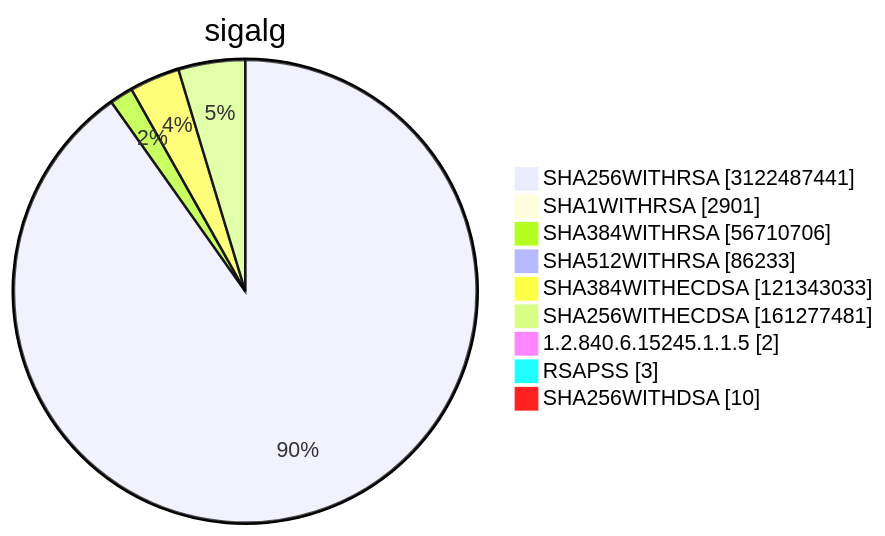
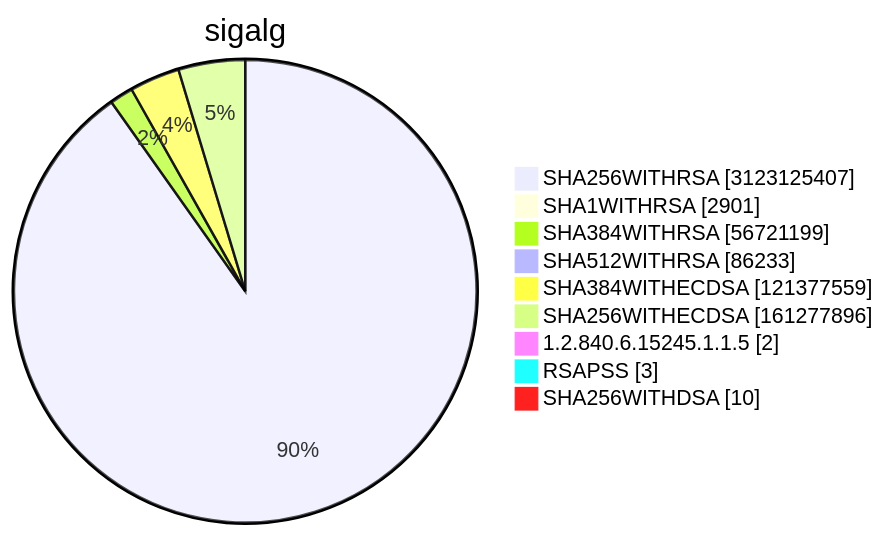
Diagram 15 of 15 in TOTAL/README.md (christiankrug/ctmonitor_visualization), drawn with Mermaid before and after one commit. The commit also changed other lines of this file, not shown here.

````diff
--- a/TOTAL/README.md
+++ b/TOTAL/README.md
@@ -6212,13 +6212,13 @@
 ```mermaid
 pie showData
 title sigalg
-"SHA256WITHRSA" :3122487441
+"SHA256WITHRSA" :3123125407
 "SHA1WITHRSA" :2901
-"SHA384WITHRSA" :56710706
+"SHA384WITHRSA" :56721199
 "SHA512WITHRSA" :86233
-"SHA384WITHECDSA" :121343033
-"SHA256WITHECDSA" :161277481
+"SHA384WITHECDSA" :121377559
+"SHA256WITHECDSA" :161277896
 "1.2.840.6.15245.1.1.5" :2
 "RSAPSS" :3
 "SHA256WITHDSA" :10
 ```
````
